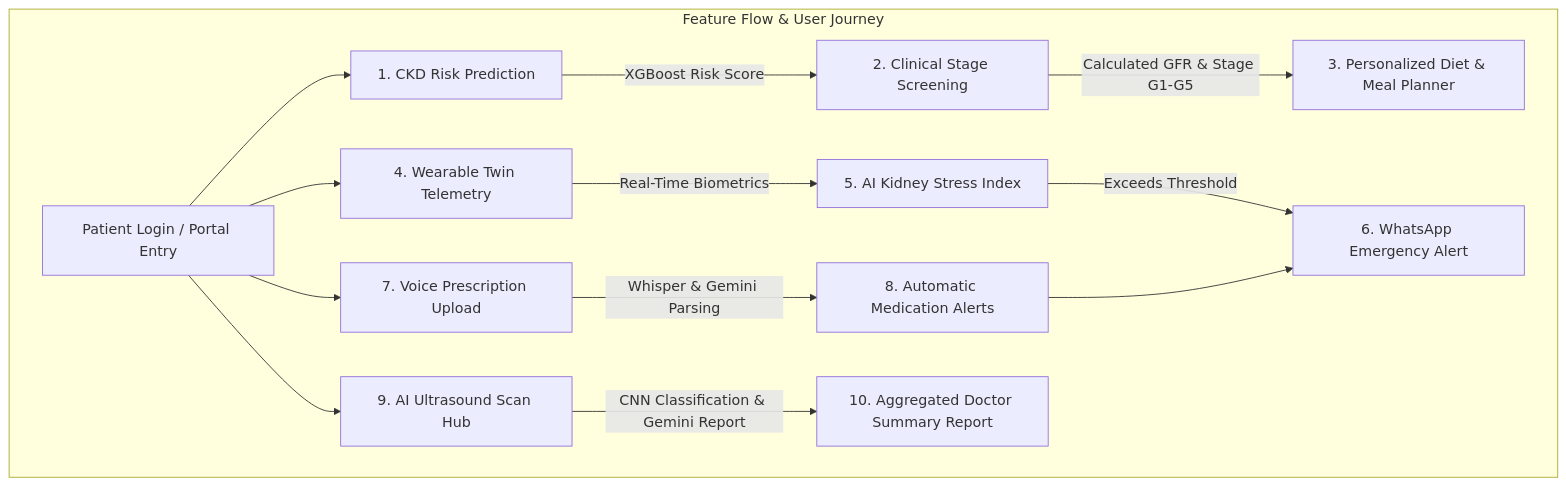
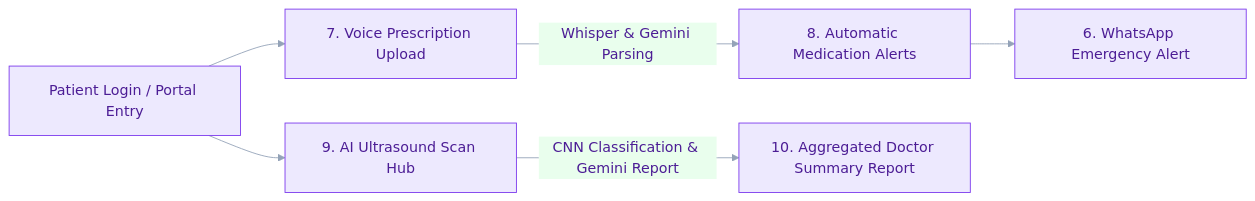
One commit to Shrutika009/nephrocare changed the fourth of 7 diagrams in README.md. Above: the diagram before and after it, drawn with Mermaid. The commit also changed other lines of this file, not shown here.

````diff
--- a/README.md
+++ b/README.md
@@ -102,19 +163,15 @@
 ```mermaid
-graph TD
-    subgraph Feature Flow & User Journey
-        Start[Patient Login / Portal Entry] --> Predict[1. CKD Risk Prediction]
-        Predict -->|XGBoost Risk Score| Screen[2. Clinical Stage Screening]
-        Screen -->|Calculated GFR & Stage G1-G5| Diet[3. Personalized Diet & Meal Planner]
+%%{init: {'theme':'base', 'themeVariables': {
+  'primaryColor': '#ede9fe',
+  'primaryTextColor': '#4c1d95',
+  'primaryBorderColor': '#7c3aed',
+  'lineColor': '#94a3b8'
+}}}%%
+graph LR
+    Start[Patient Login / Portal Entry] --> Voice[7. Voice Prescription Upload]
+    Voice -->|Whisper & Gemini Parsing| Alerts[8. Automatic Medication Alerts]
+    Alerts --> Whatsapp[6. WhatsApp Emergency Alert]
 
-        Start --> Wear[4. Wearable Twin Telemetry]
-        Wear -->|Real-Time Biometrics| Stress[5. AI Kidney Stress Index]
-        Stress -->|Exceeds Threshold| Whatsapp[6. WhatsApp Emergency Alert]
-
-        Start --> Voice[7. Voice Prescription Upload]
-        Voice -->|Whisper & Gemini Parsing| Alerts[8. Automatic Medication Alerts]
-        Alerts --> Whatsapp
-
-        Start --> US[9. AI Ultrasound Scan Hub]
-        US -->|CNN Classification & Gemini Report| Summary[10. Aggregated Doctor Summary Report]
-    end
+    Start --> US[9. AI Ultrasound Scan Hub]
+    US -->|CNN Classification & Gemini Report| Summary[10. Aggregated Doctor Summary Report]
 ```
````
